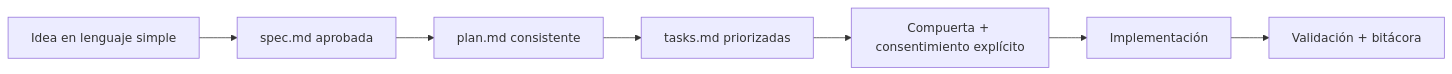
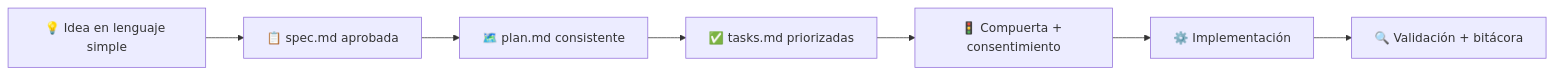
Before and after one commit to juanklagos/spec-driven-development-template: the first of 2 diagrams in README.es.md, drawn with Mermaid. The commit also changed other lines of this file and 1 other file, not shown here.

````diff
--- a/README.es.md
+++ b/README.es.md
@@ -135,9 +137,9 @@
 ```mermaid
 flowchart LR
-  A["Idea en lenguaje simple"] --> B["spec.md aprobada"]
-  B --> C["plan.md consistente"]
-  C --> D["tasks.md priorizadas"]
-  D --> E["Compuerta + consentimiento explícito"]
-  E --> F["Implementación"]
-  F --> G["Validación + bitácora"]
+  A["💡 Idea en lenguaje simple"] --> B["📋 spec.md aprobada"]
+  B --> C["🗺️ plan.md consistente"]
+  C --> D["✅ tasks.md priorizadas"]
+  D --> E["🚦 Compuerta + consentimiento"]
+  E --> F["⚙️ Implementación"]
+  F --> G["🔍 Validación + bitácora"]
 ```
````
